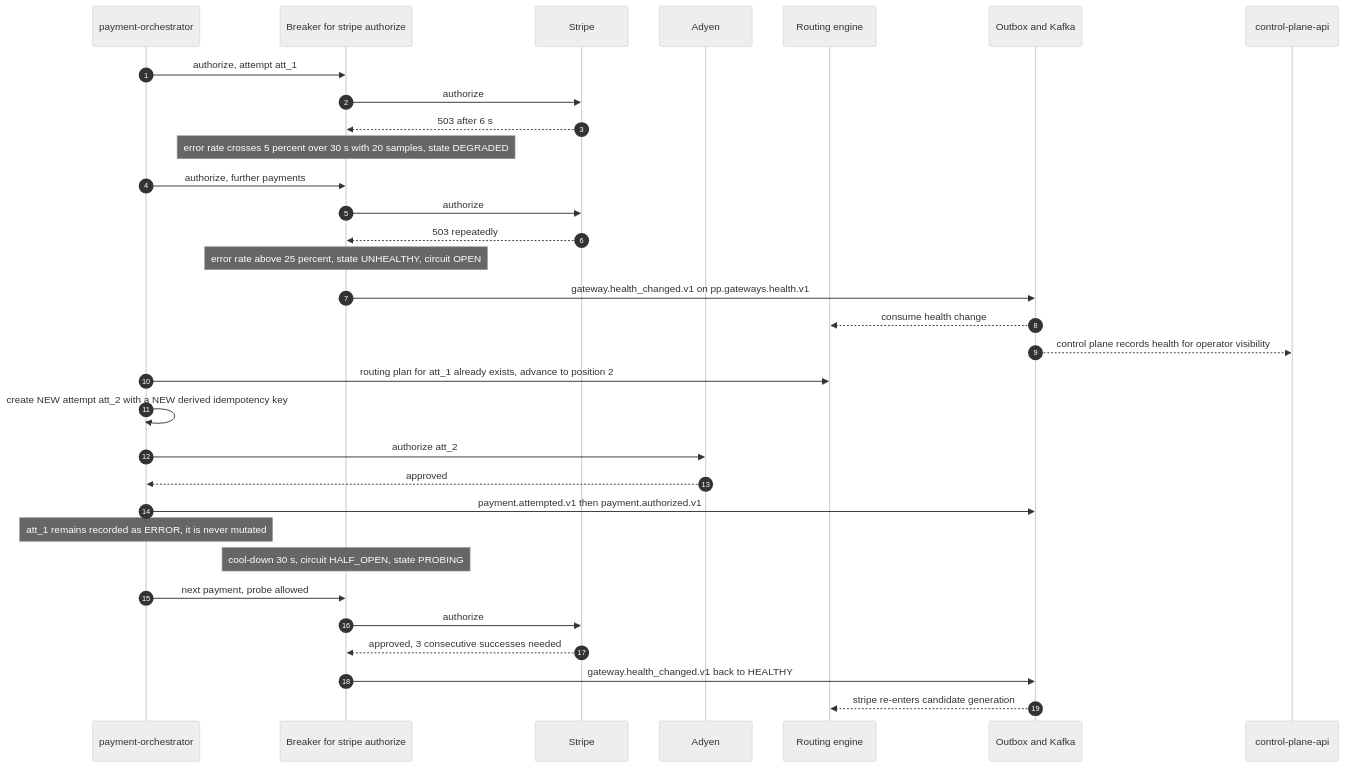
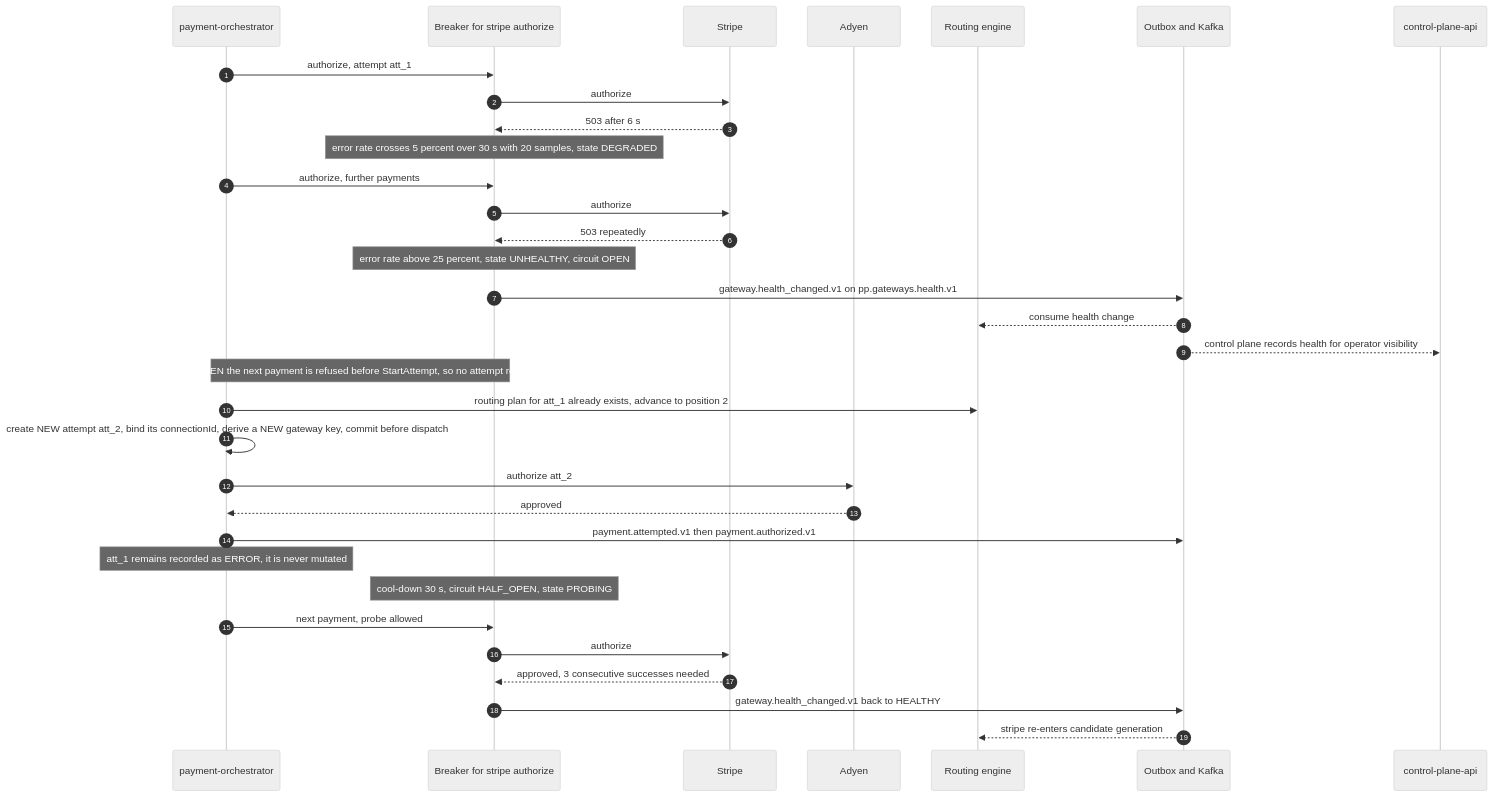
One commit to udaykishore-resu/payments-platform changed the second of 2 diagrams in docs/diagrams/10-gateway-failover.md. Above: the diagram before and after it, drawn with Mermaid (neutral theme). The commit also changed other lines of this file and 67 other files, not shown here.

````diff
--- a/docs/diagrams/10-gateway-failover.md
+++ b/docs/diagrams/10-gateway-failover.md
@@ -60,37 +83,38 @@
 ```mermaid
 sequenceDiagram
     autonumber
     participant PO as payment-orchestrator
     participant BR as Breaker for stripe authorize
     participant ST as Stripe
     participant AD as Adyen
     participant RT as Routing engine
     participant OB as Outbox and Kafka
     participant CP as control-plane-api
 
     PO->>BR: authorize, attempt att_1
     BR->>ST: authorize
     ST-->>BR: 503 after 6 s
     Note over BR: error rate crosses 5 percent over 30 s with 20 samples, state DEGRADED
     PO->>BR: authorize, further payments
     BR->>ST: authorize
     ST-->>BR: 503 repeatedly
     Note over BR: error rate above 25 percent, state UNHEALTHY, circuit OPEN
     BR->>OB: gateway.health_changed.v1 on pp.gateways.health.v1
     OB-->>RT: consume health change
     OB-->>CP: control plane records health for operator visibility
 
+    Note over PO,BR: with the circuit OPEN the next payment is refused before StartAttempt, so no attempt row is created at all
     PO->>RT: routing plan for att_1 already exists, advance to position 2
-    PO->>PO: create NEW attempt att_2 with a NEW derived idempotency key
+    PO->>PO: create NEW attempt att_2, bind its connectionId, derive a NEW gateway key, commit before dispatch
     PO->>AD: authorize att_2
     AD-->>PO: approved
     PO->>OB: payment.attempted.v1 then payment.authorized.v1
     Note over PO: att_1 remains recorded as ERROR, it is never mutated
 
     Note over BR: cool-down 30 s, circuit HALF_OPEN, state PROBING
     PO->>BR: next payment, probe allowed
     BR->>ST: authorize
     ST-->>BR: approved, 3 consecutive successes needed
     BR->>OB: gateway.health_changed.v1 back to HEALTHY
     OB-->>RT: stripe re-enters candidate generation
 ```
````
